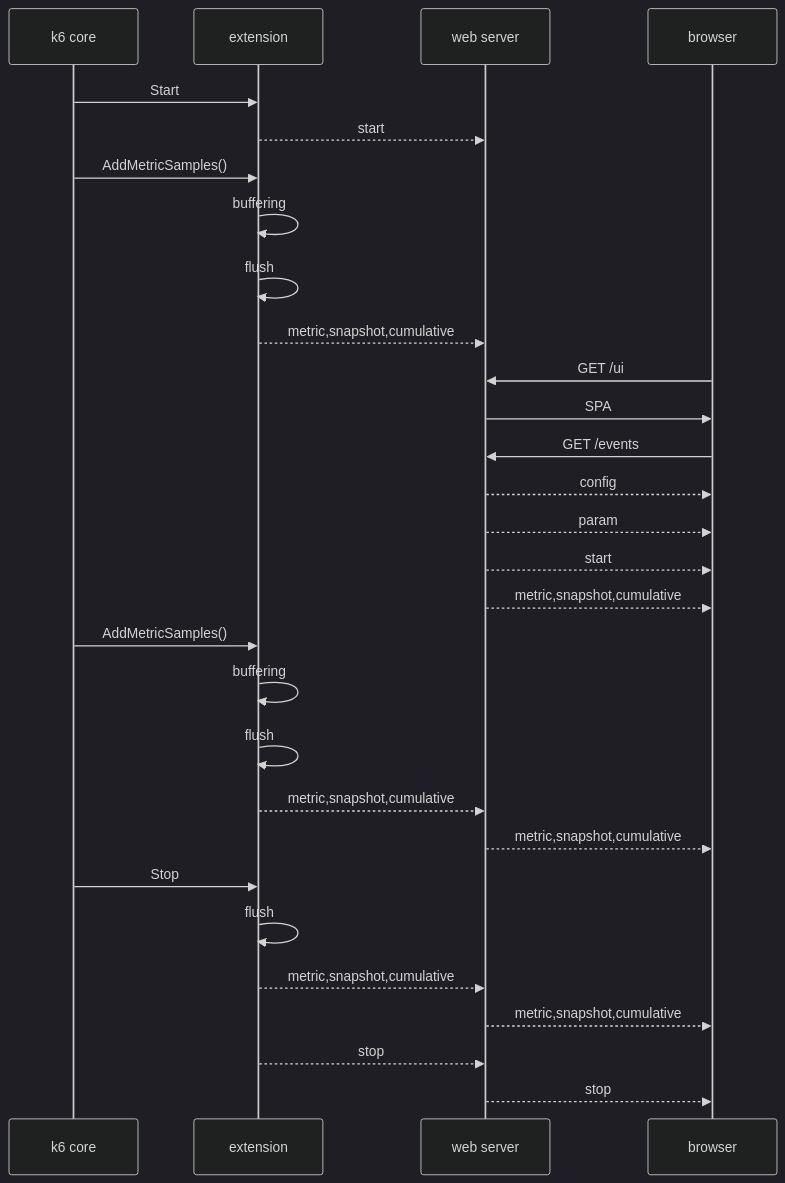
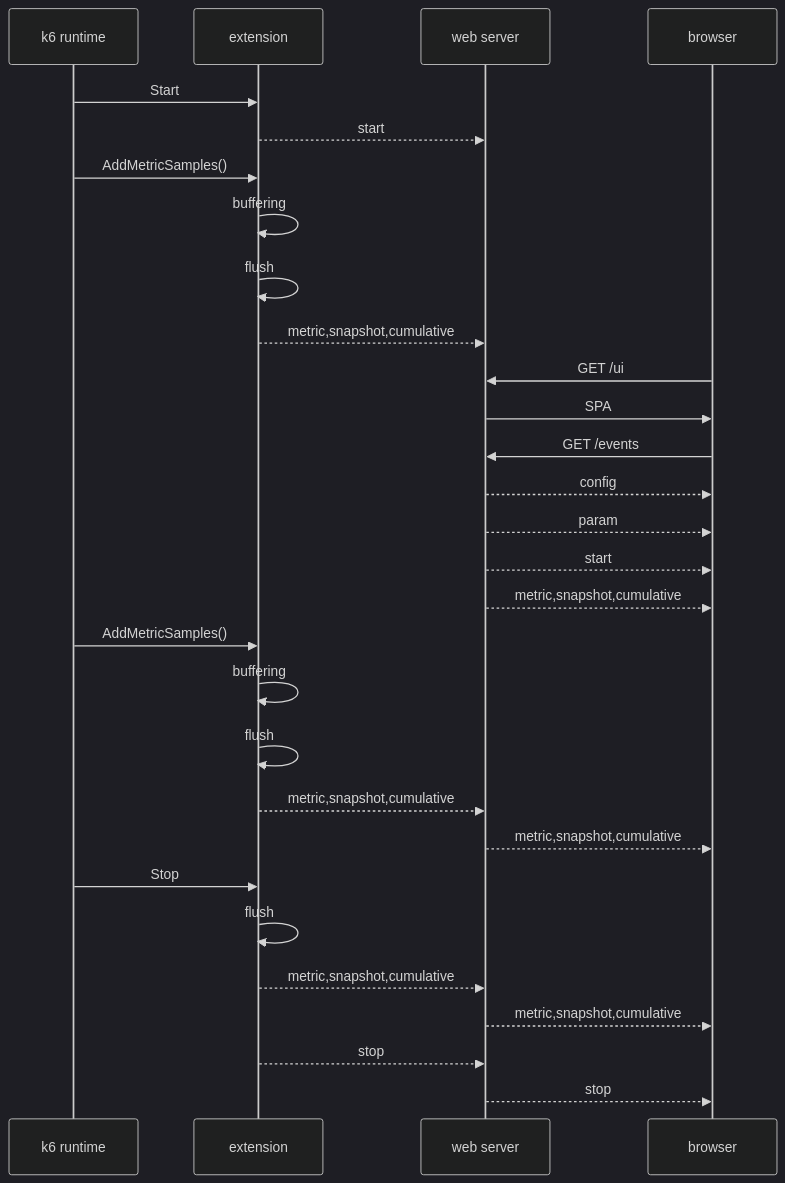
The diagram in README.md (grafana/xk6-dashboard), drawn with Mermaid (dark theme) before and after one commit. The commit also changed other lines of this file, not shown here.

````diff
--- a/README.md
+++ b/README.md
@@ -232,31 +247,31 @@
 ```mermaid
 sequenceDiagram
-  participant k6 as k6 core
+  participant k6 as k6 runtime
   participant extension as extension
   participant server as web server
   participant client as browser
   k6->>extension: Start
   extension-->>server: start
   k6->>extension: AddMetricSamples()
   extension->>extension: buffering
   extension->>extension: flush
   extension-->>server: metric,snapshot,cumulative
   client->>server: GET /ui
   server->>client: SPA
   client->>server: GET /events
   server-->>client: config
   server-->>client: param
   server-->>client: start
   server-->>client: metric,snapshot,cumulative
   k6->>extension: AddMetricSamples()
   extension->>extension: buffering
   extension->>extension: flush
   extension-->>server: metric,snapshot,cumulative
   server-->>client: metric,snapshot,cumulative
   k6->>extension: Stop
   extension->>extension: flush
   extension-->>server: metric,snapshot,cumulative
   server-->>client: metric,snapshot,cumulative
   extension-->>server: stop
   server-->>client: stop
 ```
````
